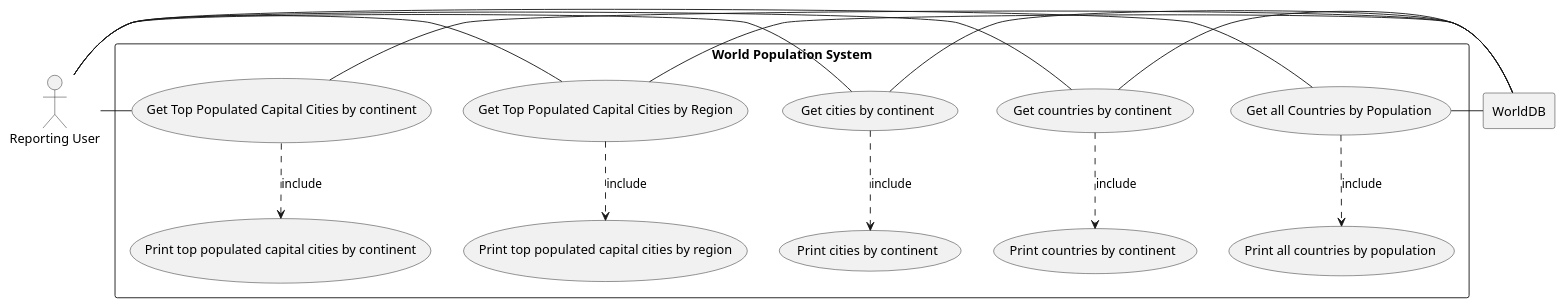
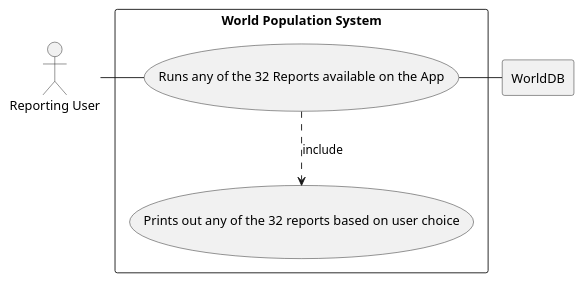
Before and after one commit to OchoaStdnt/SET09804-G4: the diagram in use-cases/World Pop System.puml, drawn with PlantUML.

Commit message:
Fixed the World Pop System.puml

```diff
--- a/use-cases/World Pop System.puml
+++ b/use-cases/World Pop System.puml
@@ -1,42 +1,18 @@
 @startuml
 
 actor USER as "Reporting User"
 
 rectangle WorldDB
 
 rectangle "World Population System" {
 
-    usecase UC1 as "Get all Countries by Population"
-    usecase UC2 as "Get countries by continent"
-    usecase UC8 as "Get cities by continent"
-    usecase UC15 as "Get Top Populated Capital Cities by Region"
-    usecase UC21 as "Get Top Populated Capital Cities by continent"
+    usecase UC1 as "Runs any of the 32 Reports available on the App"
 
-    usecase UCa as "Print all countries by population"
-    usecase UCb as "Print countries by continent"
-    usecase UCh as "Print cities by continent"
-    usecase UCo as "Print top populated capital cities by region"
-    usecase UCp as "Print top populated capital cities by continent"
+    usecase UCa as "Prints out any of the 32 reports based on user choice"
 
     USER - UC1
     UC1 ..> UCa : include
     UC1 - WorldDB
-
-    USER - UC2
-    UC2 ..> UCb : include
-    UC2 - WorldDB
-
-    USER -UC8
-    UC8 ..> UCh : include
-    UC8 - WorldDB
-
-    USER -UC15
-    UC15 ..> UCo : include
-    UC15 - WorldDB
-
-    USER -UC21
-    UC21 ..> UCp : include
-    UC21 - WorldDB
 }
 
 @enduml
```
